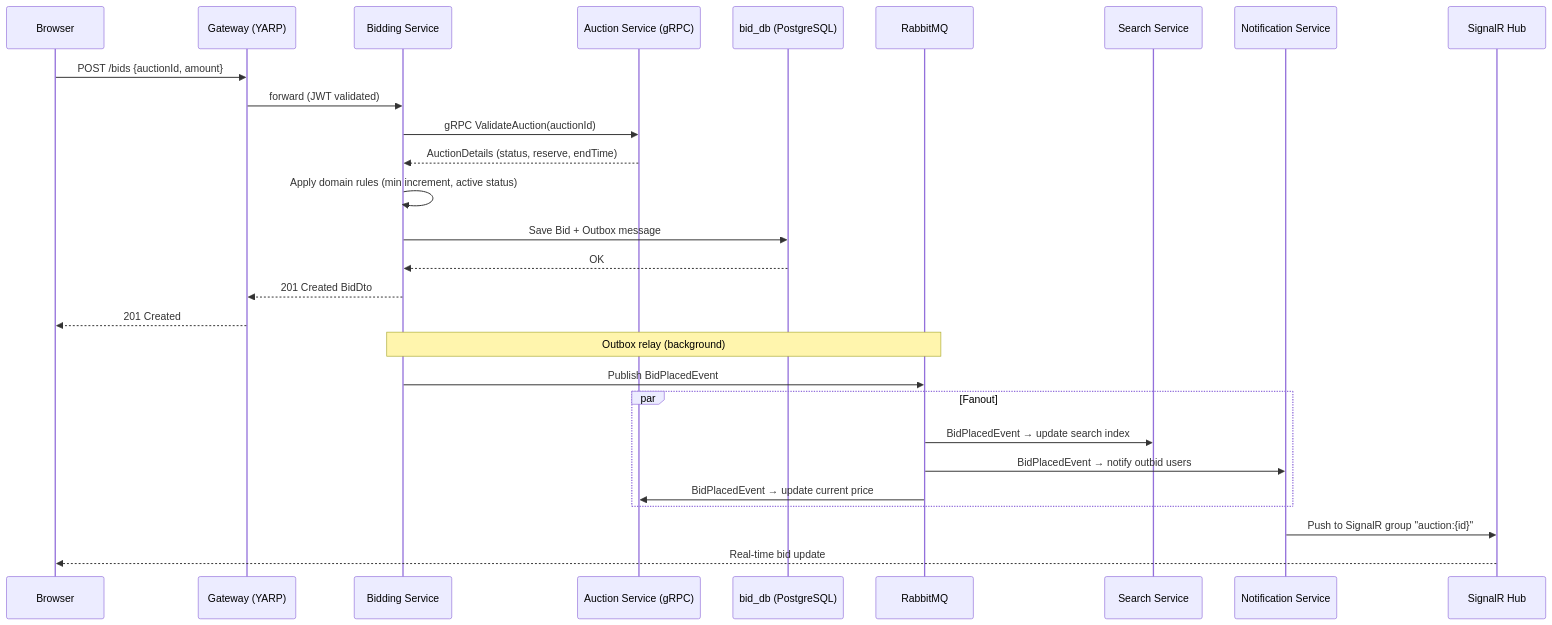
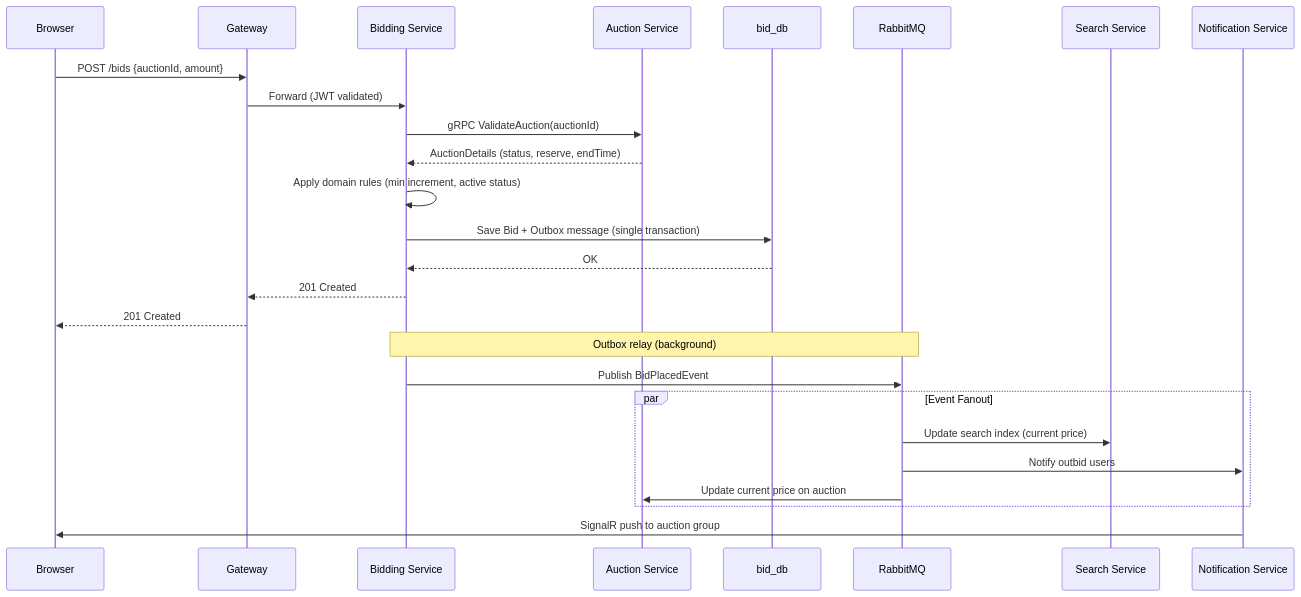
The third of 9 diagrams in README.md (blanho/auction-platform-microservices), drawn with Mermaid before and after one commit. The commit also changed other lines of this file and 5 other files, not shown here.

````diff
--- a/README.md
+++ b/README.md
@@ -231,34 +248,32 @@
 ```mermaid
 sequenceDiagram
     participant B as Browser
-    participant GW as Gateway (YARP)
+    participant GW as Gateway
     participant BID as Bidding Service
-    participant AUC as Auction Service (gRPC)
-    participant DB as bid_db (PostgreSQL)
+    participant AUC as Auction Service
+    participant DB as bid_db
     participant MQ as RabbitMQ
     participant SRC as Search Service
     participant NOT as Notification Service
-    participant WS as SignalR Hub
 
     B->>GW: POST /bids {auctionId, amount}
-    GW->>BID: forward (JWT validated)
+    GW->>BID: Forward (JWT validated)
     BID->>AUC: gRPC ValidateAuction(auctionId)
     AUC-->>BID: AuctionDetails (status, reserve, endTime)
     BID->>BID: Apply domain rules (min increment, active status)
-    BID->>DB: Save Bid + Outbox message
+    BID->>DB: Save Bid + Outbox message (single transaction)
     DB-->>BID: OK
-    BID-->>GW: 201 Created BidDto
+    BID-->>GW: 201 Created
     GW-->>B: 201 Created
 
     Note over BID,MQ: Outbox relay (background)
     BID->>MQ: Publish BidPlacedEvent
 
-    par Fanout
-        MQ->>SRC: BidPlacedEvent → update search index
-        MQ->>NOT: BidPlacedEvent → notify outbid users
-        MQ->>AUC: BidPlacedEvent → update current price
+    par Event Fanout
+        MQ->>SRC: Update search index (current price)
+        MQ->>NOT: Notify outbid users
+        MQ->>AUC: Update current price on auction
     end
 
-    NOT->>WS: Push to SignalR group "auction:{id}"
-    WS-->>B: Real-time bid update
+    NOT->>B: SignalR push to auction group
 ```
````
